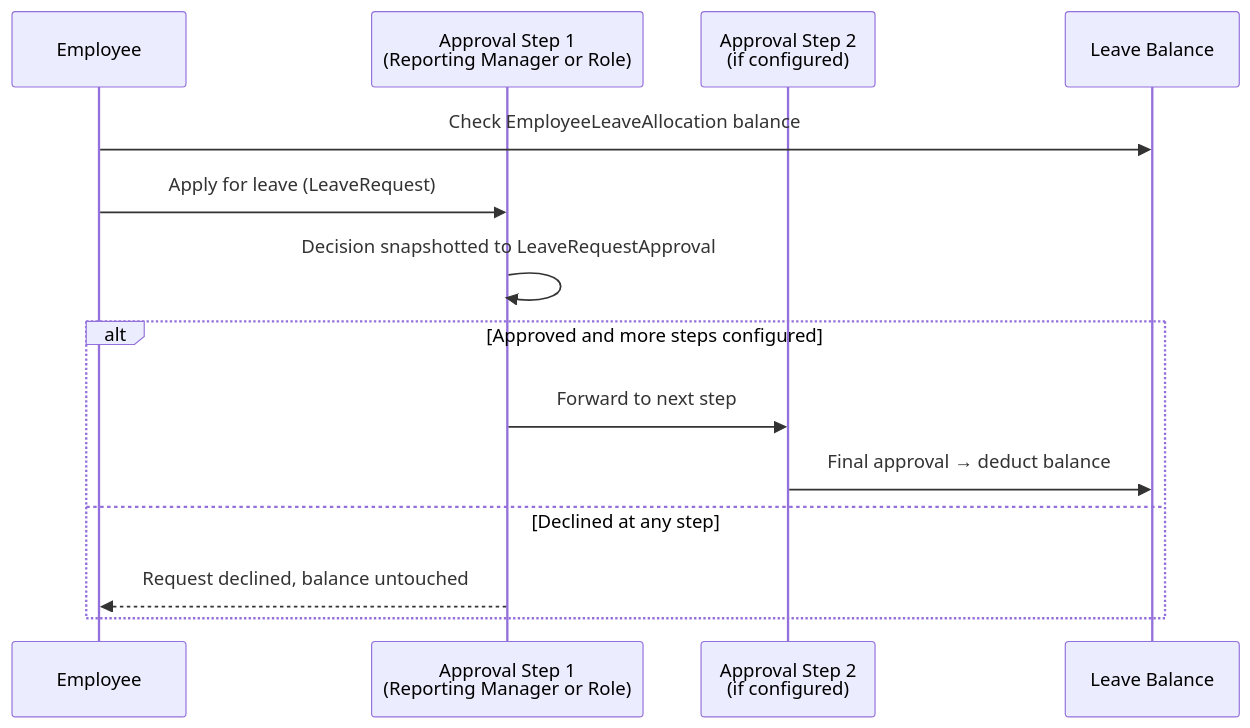
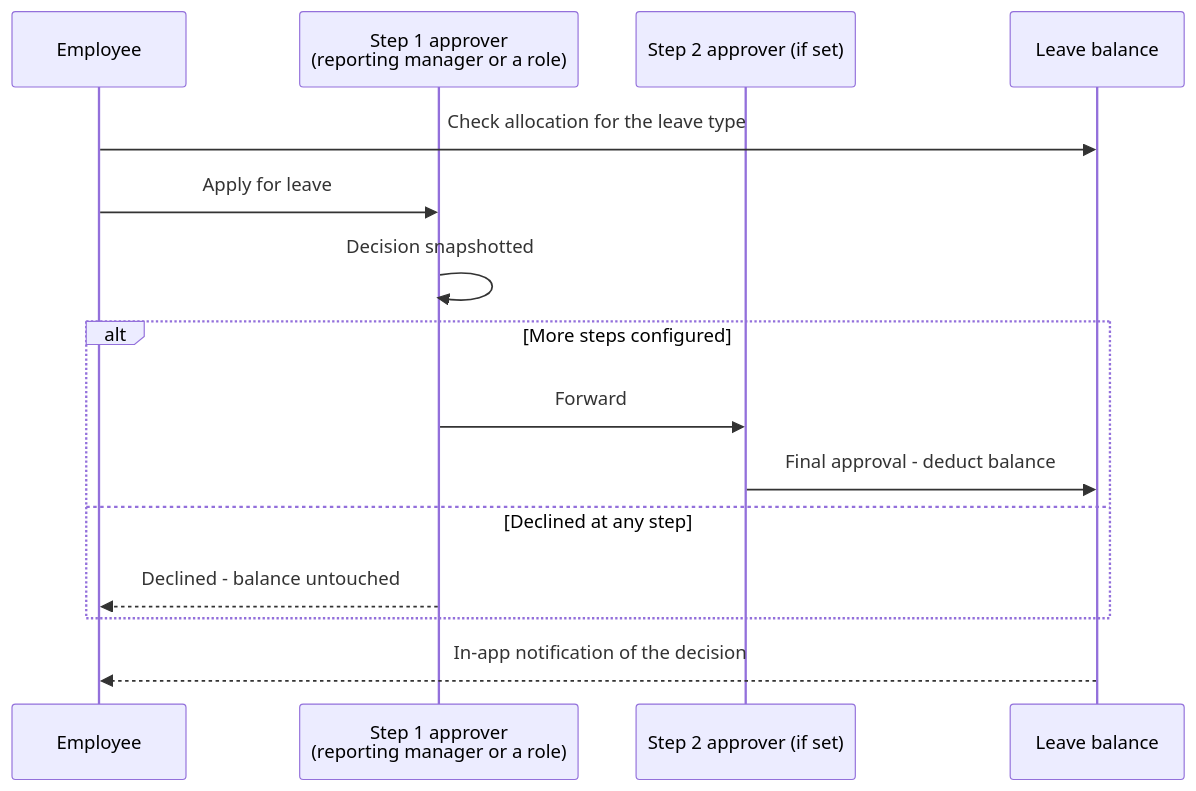
One commit to PrantaRoy/hrm_plus changed the sixth of 10 diagrams in docs/SYSTEM_WORKFLOW.md. Above: the diagram before and after it, drawn with Mermaid. The commit also changed other lines of this file and 15 other files, not shown here.

````diff
--- a/docs/SYSTEM_WORKFLOW.md
+++ b/docs/SYSTEM_WORKFLOW.md
@@ -144,17 +252,18 @@
 ```mermaid
 sequenceDiagram
     participant E as Employee
-    participant S1 as Approval Step 1<br/>(Reporting Manager or Role)
-    participant S2 as Approval Step 2<br/>(if configured)
-    participant Bal as Leave Balance
+    participant S1 as Step 1 approver<br/>(reporting manager or a role)
+    participant S2 as Step 2 approver (if set)
+    participant B as Leave balance
 
-    E->>Bal: Check EmployeeLeaveAllocation balance
-    E->>S1: Apply for leave (LeaveRequest)
-    S1->>S1: Decision snapshotted to LeaveRequestApproval
-    alt Approved and more steps configured
-        S1->>S2: Forward to next step
-        S2->>Bal: Final approval → deduct balance
+    E->>B: Check allocation for the leave type
+    E->>S1: Apply for leave
+    S1->>S1: Decision snapshotted
+    alt More steps configured
+        S1->>S2: Forward
+        S2->>B: Final approval - deduct balance
     else Declined at any step
-        S1-->>E: Request declined, balance untouched
+        S1-->>E: Declined - balance untouched
     end
+    B-->>E: In-app notification of the decision
 ```
````
